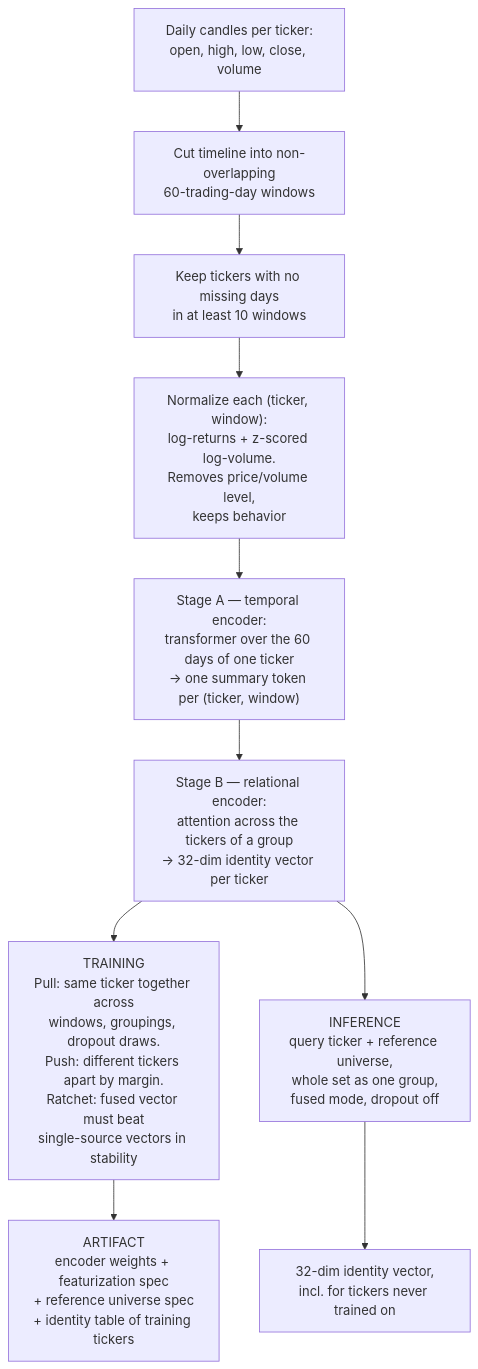
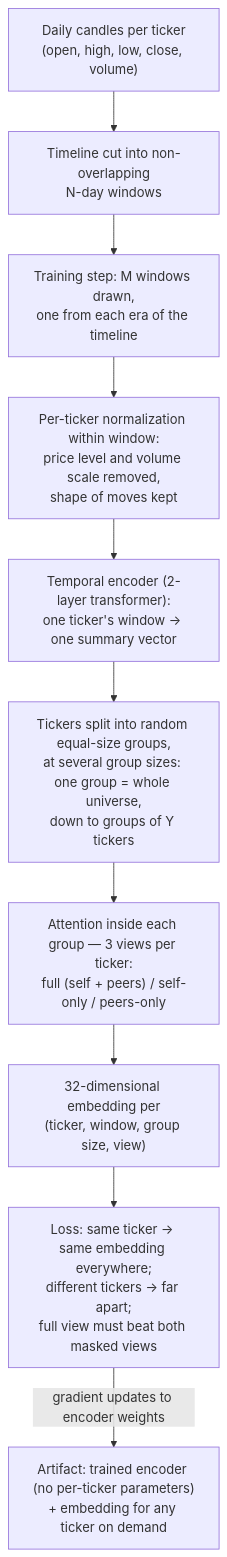
Before and after one commit to hpnyaggerman/stonks: the first of 4 diagrams in stock_identity.md, drawn with Mermaid. The commit also changed other lines of this file, not shown here.

Commit message:
Update stock identity doc

````diff
--- a/stock_identity.md
+++ b/stock_identity.md
@@ -20,13 +24,16 @@
 ```mermaid
 flowchart TD
-    raw["Daily candles per ticker:<br>open, high, low, close, volume"]
-    raw --> cut["Cut timeline into non-overlapping<br>60-trading-day windows"]
-    cut --> elig["Keep tickers with no missing days<br>in at least 10 windows"]
-    elig --> norm["Normalize each (ticker, window):<br>log-returns + z-scored log-volume.<br>Removes price/volume level,<br>keeps behavior"]
-    norm --> stageA["Stage A — temporal encoder:<br>transformer over the 60 days of one ticker<br>→ one summary token per (ticker, window)"]
-    stageA --> stageB["Stage B — relational encoder:<br>attention across the tickers of a group<br>→ 32-dim identity vector per ticker"]
-    stageB --> train["TRAINING<br>Pull: same ticker together across<br>windows, groupings, dropout draws.<br>Push: different tickers apart by margin.<br>Ratchet: fused vector must beat<br>single-source vectors in stability"]
-    stageB --> infer["INFERENCE<br>query ticker + reference universe,<br>whole set as one group,<br>fused mode, dropout off"]
-    train --> artifact["ARTIFACT<br>encoder weights + featurization spec<br>+ reference universe spec<br>+ identity table of training tickers"]
-    infer --> vec["32-dim identity vector,<br>incl. for tickers never trained on"]
+    raw["Daily candles per ticker<br/>(open, high, low, close, volume)"]
+    win["Timeline cut into non-overlapping<br/>N-day windows"]
+    sample["Training step: M windows drawn,<br/>one from each era of the timeline"]
+    norm["Per-ticker normalization within window:<br/>price level and volume scale removed,<br/>shape of moves kept"]
+    temp["Temporal encoder (2-layer transformer):<br/>one ticker's window → one summary vector"]
+    grp["Tickers split into random equal-size groups,<br/>at several group sizes: one group = whole universe,<br/>down to groups of Y tickers"]
+    att["Attention inside each group — 3 views per ticker:<br/>full (self + peers) / self-only / peers-only"]
+    emb["32-dimensional embedding per<br/>(ticker, window, group size, view)"]
+    loss["Loss: same ticker → same embedding everywhere;<br/>different tickers → far apart;<br/>full view must beat both masked views"]
+    art["Artifact: trained encoder (no per-ticker parameters)<br/>+ embedding for any ticker on demand"]
+
+    raw --> win --> sample --> norm --> temp --> grp --> att --> emb --> loss
+    loss -->|"gradient updates to encoder weights"| art
 ```
````
